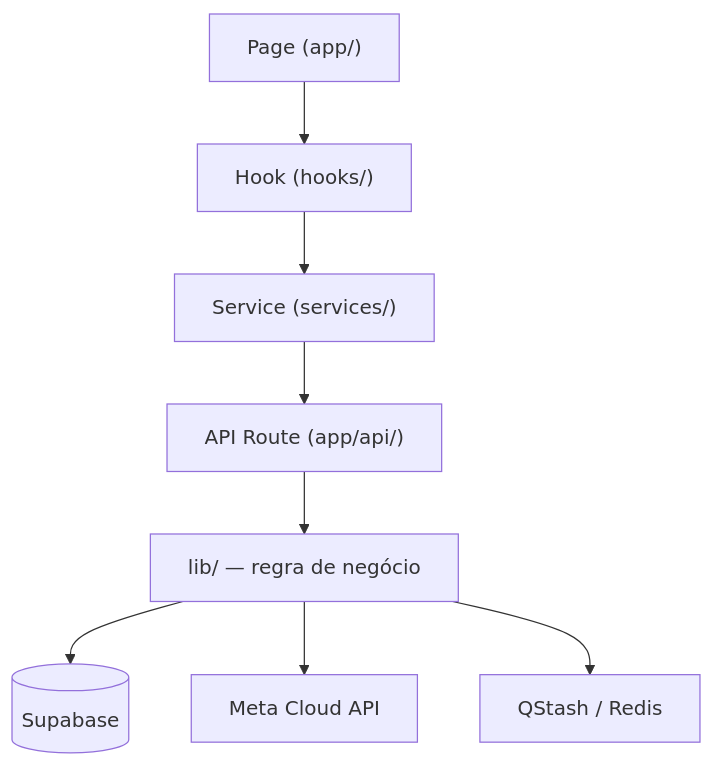
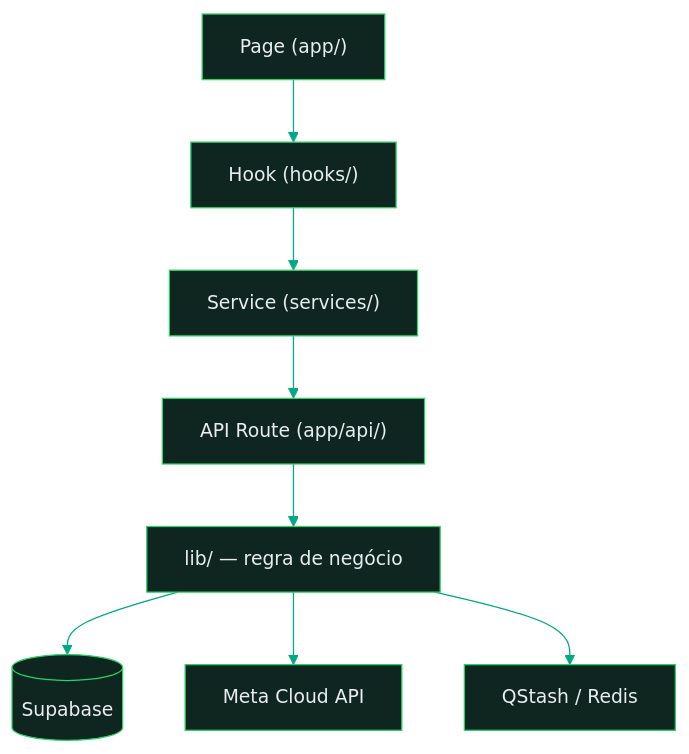
One commit to luizxhgomes/whatsflow-engine changed the first of 3 diagrams in docs/architecture/TOPOLOGIA.md. Above: the diagram before and after it, drawn with Mermaid. The commit also changed other lines of this file and 1 other file, not shown here.

First line of the commit message:
docs(design): diagramas mermaid tematizados na paleta WhatsFlow

````diff
--- a/docs/architecture/TOPOLOGIA.md
+++ b/docs/architecture/TOPOLOGIA.md
@@ -47,10 +47,15 @@
 ```mermaid
+%%{init: {'theme':'base','themeVariables':{
+  'background':'#0B141A','primaryColor':'#0F2620','primaryTextColor':'#E9EDEF',
+  'primaryBorderColor':'#25D366','lineColor':'#00A884','secondaryColor':'#075E54',
+  'tertiaryColor':'#111B21','fontSize':'15px','edgeLabelBackground':'#0B141A',
+  'clusterBkg':'#111B21','clusterBorder':'#128C7E'}}}%%
 flowchart TD
     P["Page (app/)"] --> H["Hook (hooks/)"]
     H --> S["Service (services/)"]
     S --> R["API Route (app/api/)"]
     R --> L["lib/ — regra de negócio"]
     L --> DB[("Supabase")]
     L --> META["Meta Cloud API"]
     L --> Q["QStash / Redis"]
 ```
````
